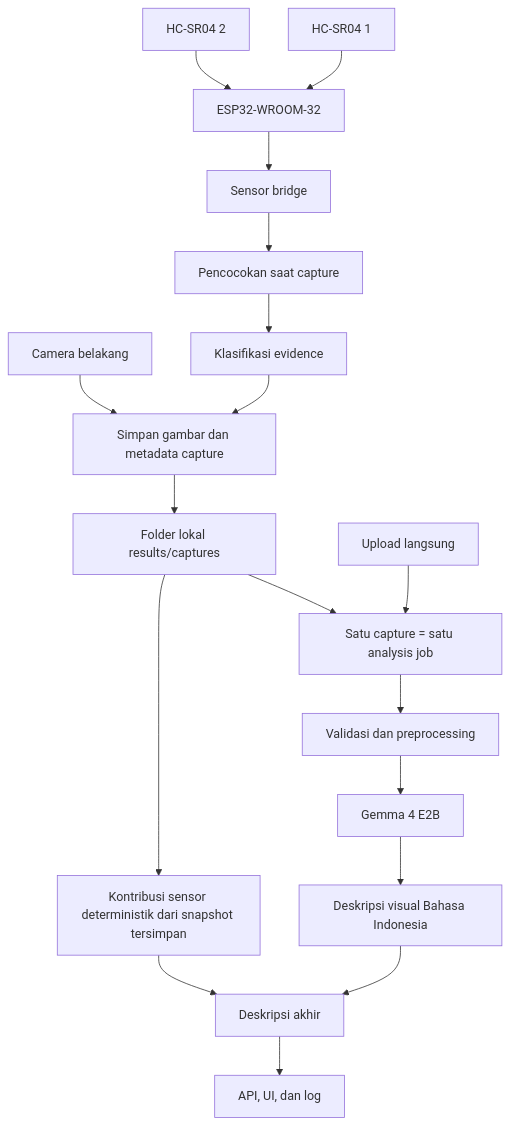
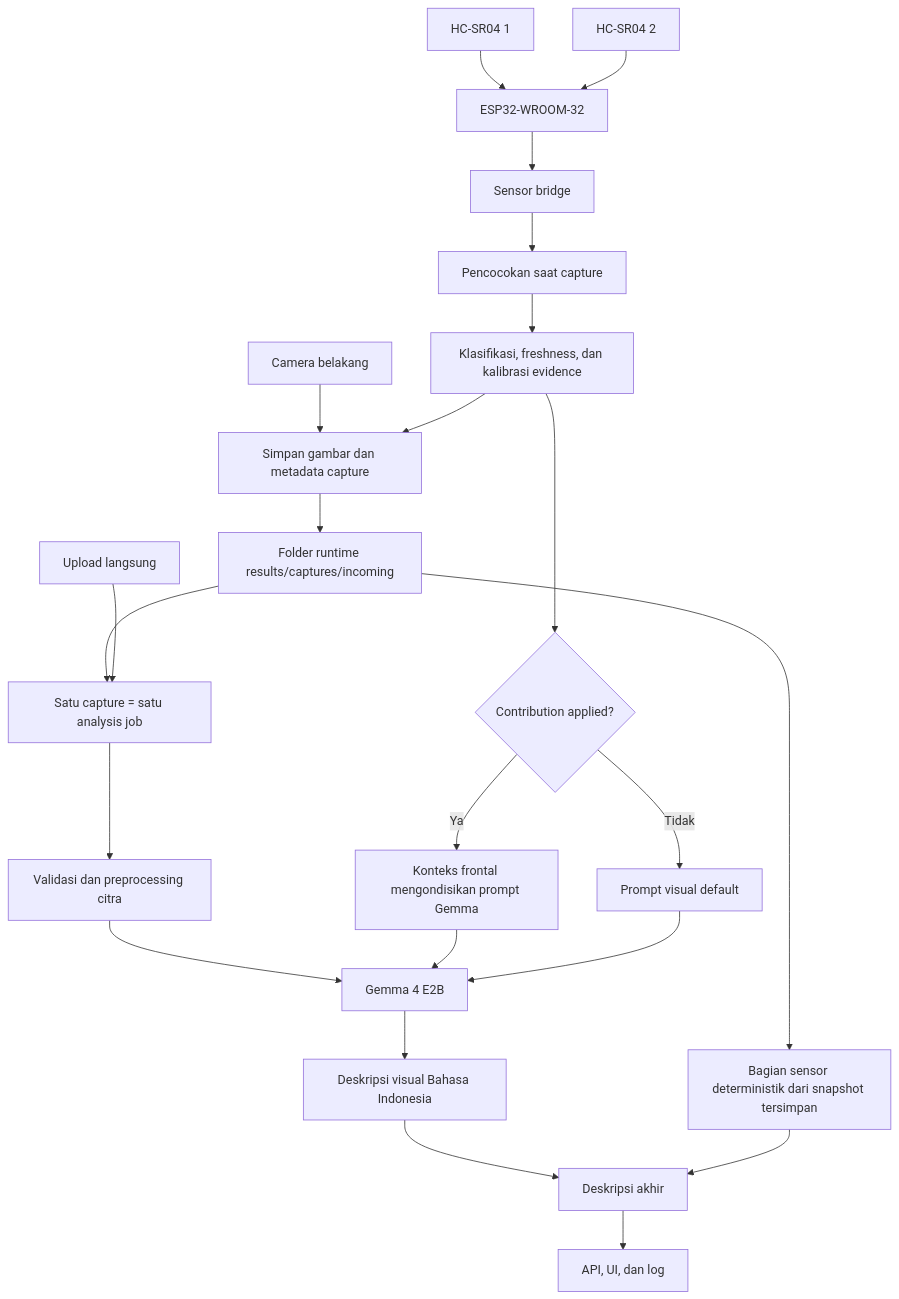
Before and after one commit to Oatse/Depth-Aware-Image-Description: the second of 2 diagrams in docs/architecture.md, drawn with Mermaid. The commit also changed other lines of this file and 161 other files, not shown here.

Commit message:
feat: freeze final dataset and align sensor-conditioned flow

````diff
--- a/docs/architecture.md
+++ b/docs/architecture.md
@@ -21,22 +21,27 @@
 ```mermaid
 flowchart TD
     A["Camera belakang"] --> B["Simpan gambar dan metadata capture"]
-    B --> C["Folder lokal results/captures"]
+    B --> C["Folder runtime results/captures/incoming"]
     C --> D["Satu capture = satu analysis job"]
     O["Upload langsung"] --> D
-    D --> P["Validasi dan preprocessing"]
+    D --> P["Validasi dan preprocessing citra"]
     P --> Q["Gemma 4 E2B"]
     Q --> E["Deskripsi visual Bahasa Indonesia"]
 
     F["HC-SR04 1"] --> H["ESP32-WROOM-32"]
     G["HC-SR04 2"] --> H
     H --> I["Sensor bridge"]
     I --> J["Pencocokan saat capture"]
-    J --> K["Klasifikasi evidence"]
+    J --> K["Klasifikasi, freshness, dan kalibrasi evidence"]
     K --> B
-    C --> L["Kontribusi sensor deterministik dari snapshot tersimpan"]
+    K --> R{"Contribution applied?"}
+    R -->|Ya| S["Konteks frontal mengondisikan prompt Gemma"]
+    S --> Q
+    R -->|Tidak| T["Prompt visual default"]
+    T --> Q
+    C --> L["Bagian sensor deterministik dari snapshot tersimpan"]
 
     E --> M["Deskripsi akhir"]
     L --> M
     M --> N["API, UI, dan log"]
 ```
````
